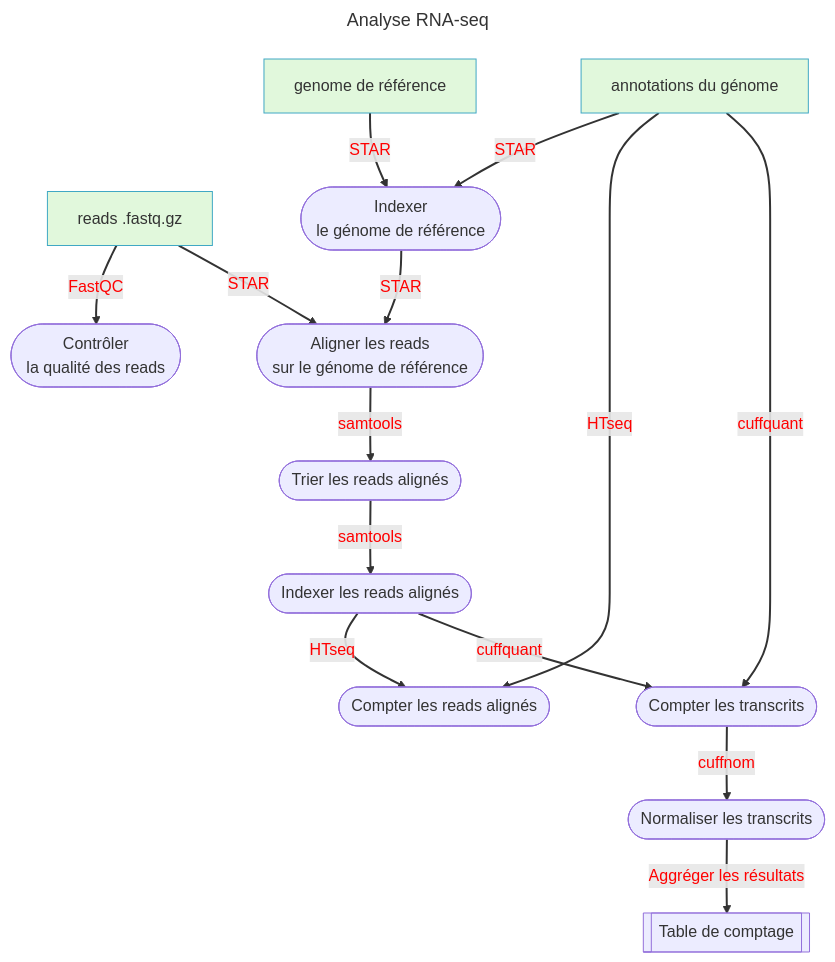
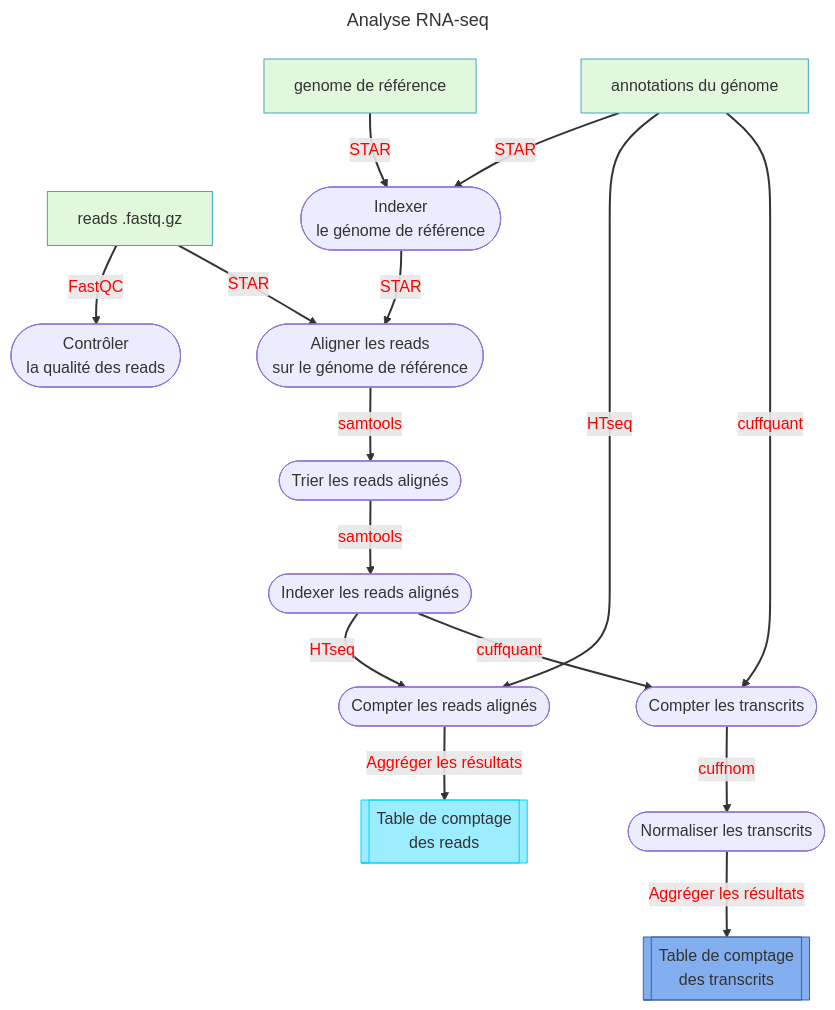
The diagram in content/tuto2/schema.md (pierrepo/unix-tutorial), drawn with Mermaid before and after one commit.

Commit message:
Update colors in schema

`````diff
--- a/content/tuto2/schema.md
+++ b/content/tuto2/schema.md
@@ -1,43 +1,47 @@
 ````{mermaid}
 ---
 title: "Analyse RNA-seq"
 ---
 flowchart TB
 	read["reads .fastq.gz"]
     genome["genome de référence"]
     annotation["annotations du génome"]
 
     quality_control(["Contrôler <br/> la qualité des reads"])
     star_index(["Indexer <br/> le génome de référence"])
     star_map(["Aligner les reads <br/> sur le génome de référence"])
     samtools_sort(["Trier les reads alignés"])
     samtools_index(["Indexer les reads alignés"])
     htseq(["Compter les reads alignés"])
     cuffquant(["Compter les transcrits"])
     cuffnorm(["Normaliser les transcrits"])
 
-    table[["Table de comptage"]]
+    table_reads[["Table de comptage <br/> des reads"]]
+    table_transcrits[["Table de comptage <br/> des transcrits"]]
 
     genome -->|"STAR"| star_index
     annotation -->|"STAR"| star_index
     
     read -->|"FastQC"| quality_control
     
     star_index -->|"STAR"| star_map
     read -->|"STAR"| star_map
 
     star_map -->|"samtools"| samtools_sort
     samtools_sort -->|"samtools"| samtools_index
 
     samtools_index -->|"HTseq"| htseq
     annotation -->|"HTseq"| htseq 
     samtools_index -->|"cuffquant"| cuffquant
     annotation -->|"cuffquant"| cuffquant
     cuffquant -->|"cuffnom"| cuffnorm
-    cuffnorm -->|"Aggréger les résultats"| table 
+    cuffnorm -->|"Aggréger les résultats"| table_transcrits 
+    htseq -->|"Aggréger les résultats"| table_reads
     
     linkStyle default stroke-width:2px,fill:none,color:red;
     style read fill:#E1F8DC,stroke:#40A8C4;
     style genome fill:#E1F8DC,stroke:#40A8C4;
     style annotation fill:#E1F8DC,stroke:#40A8C4;
+    style table_reads fill:#9bedff,stroke:#00d2ff;
+    style table_transcrits fill:#83aff0,stroke:#3c649f;
 ````
`````
